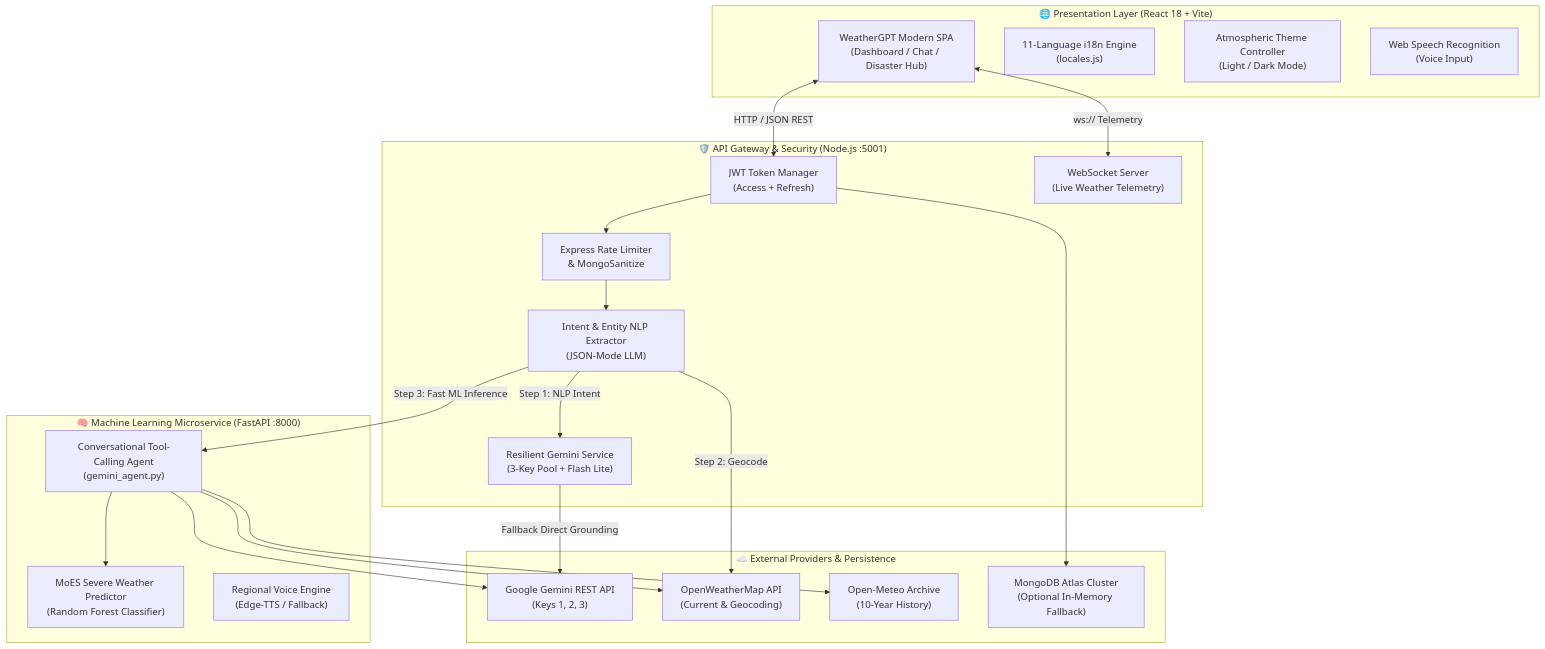
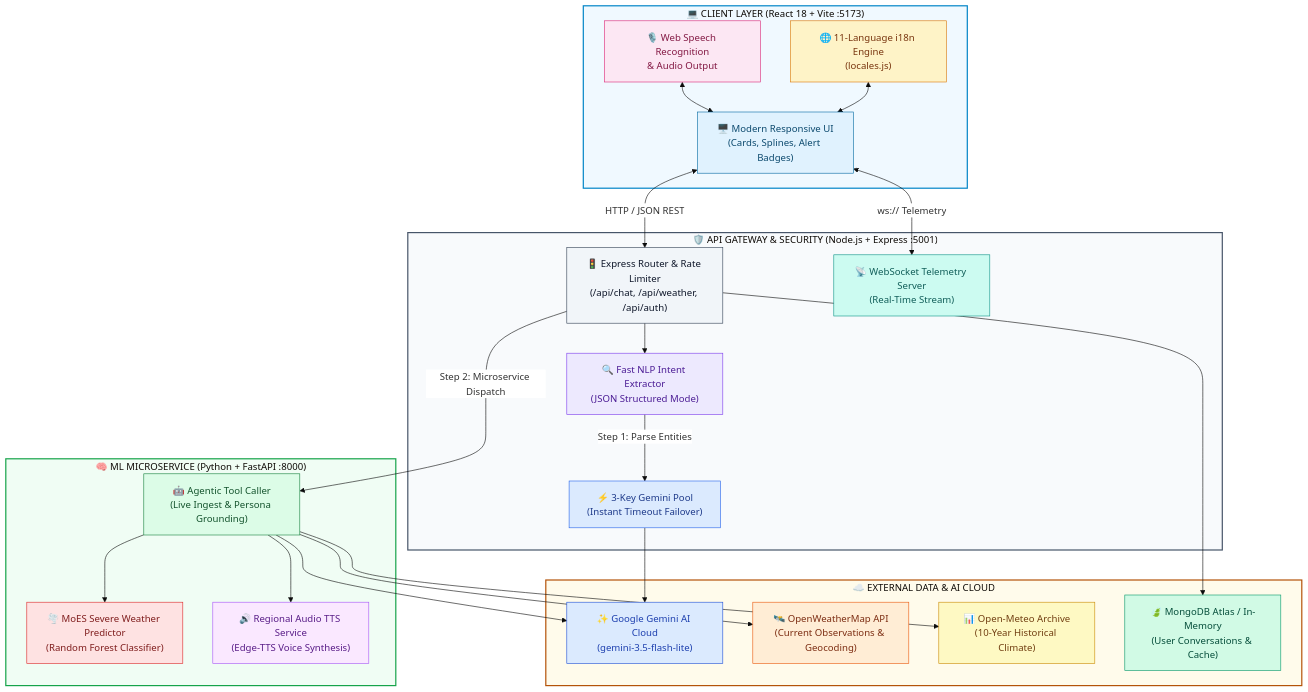
Before and after one commit to Code-AkarshMishra/WeatherGPT: the first of 2 diagrams in README.md, drawn with Mermaid. The commit also changed other lines of this file, not shown here.

````diff
--- a/README.md
+++ b/README.md
@@ -96,43 +185,63 @@
 ```mermaid
+%%{init: {'theme': 'base', 'themeVariables': { 'primaryColor': '#38bdf8', 'edgeLabelBackground':'#ffffff', 'tertiaryColor': '#f1f5f9'}}}%%
 flowchart TB
-    subgraph ClientLayer["🌐 Presentation Layer (React 18 + Vite)"]
-        UI["WeatherGPT Modern SPA<br/>(Dashboard / Chat / Disaster Hub)"]
-        i18n["11-Language i18n Engine<br/>(locales.js)"]
-        Theme["Atmospheric Theme Controller<br/>(Light / Dark Mode)"]
-        STT["Web Speech Recognition<br/>(Voice Input)"]
+    subgraph CLIENT["💻 CLIENT LAYER (React 18 + Vite :5173)"]
+        style CLIENT fill:#f0f9ff,stroke:#0284c7,stroke-width:2px
+        UI["🖥️ Modern Responsive UI<br/>(Cards, Splines, Alert Badges)"]
+        style UI fill:#e0f2fe,stroke:#0369a1,color:#0c4a6e
+        i18n["🌐 11-Language i18n Engine<br/>(locales.js)"]
+        style i18n fill:#fef3c7,stroke:#d97706,color:#78350f
+        Voice["🎙️ Web Speech Recognition<br/>& Audio Output"]
+        style Voice fill:#fce7f3,stroke:#db2777,color:#831843
     end
 
-    subgraph GatewayLayer["🛡️ API Gateway & Security (Node.js :5001)"]
-        Auth["JWT Token Manager<br/>(Access + Refresh)"]
-        Limiter["Express Rate Limiter<br/>& MongoSanitize"]
-        WS["WebSocket Server<br/>(Live Weather Telemetry)"]
-        NLPService["Intent & Entity NLP Extractor<br/>(JSON-Mode LLM)"]
-        GeminiService["Resilient Gemini Service<br/>(3-Key Pool + Flash Lite)"]
+    subgraph GATEWAY["🛡️ API GATEWAY & SECURITY (Node.js + Express :5001)"]
+        style GATEWAY fill:#f8fafc,stroke:#475569,stroke-width:2px
+        Router["🚦 Express Router & Rate Limiter<br/>(/api/chat, /api/weather, /api/auth)"]
+        style Router fill:#f1f5f9,stroke:#334155,color:#0f172a
+        NLP["🔍 Fast NLP Intent Extractor<br/>(JSON Structured Mode)"]
+        style NLP fill:#ede9fe,stroke:#7c3aed,color:#4c1d95
+        Failover["⚡ 3-Key Gemini Pool<br/>(Instant Timeout Failover)"]
+        style Failover fill:#dbeafe,stroke:#2563eb,color:#1e3a8a
+        WS["📡 WebSocket Telemetry Server<br/>(Real-Time Stream)"]
+        style WS fill:#ccfbf1,stroke:#0d9488,color:#115e59
     end
 
-    subgraph MLLayer["🧠 Machine Learning Microservice (FastAPI :8000)"]
-        ToolAgent["Conversational Tool-Calling Agent<br/>(gemini_agent.py)"]
-        DisasterRF["MoES Severe Weather Predictor<br/>(Random Forest Classifier)"]
-        TTS["Regional Voice Engine<br/>(Edge-TTS / Fallback)"]
+    subgraph ML_SERVICE["🧠 ML MICROSERVICE (Python + FastAPI :8000)"]
+        style ML_SERVICE fill:#f0fdf4,stroke:#16a34a,stroke-width:2px
+        ToolAgent["🤖 Agentic Tool Caller<br/>(Live Ingest & Persona Grounding)"]
+        style ToolAgent fill:#dcfce7,stroke:#15803d,color:#14532d
+        Predictor["🌪️ MoES Severe Weather Predictor<br/>(Random Forest Classifier)"]
+        style Predictor fill:#fee2e2,stroke:#dc2626,color:#7f1d1d
+        TTS["🔊 Regional Audio TTS Service<br/>(Edge-TTS Voice Synthesis)"]
+        style TTS fill:#fae8ff,stroke:#a855f7,color:#581c87
     end
 
-    subgraph DataExternal["☁️ External Providers & Persistence"]
-        GeminiAPI["Google Gemini REST API<br/>(Keys 1, 2, 3)"]
-        OWM["OpenWeatherMap API<br/>(Current & Geocoding)"]
-        OpenMeteo["Open-Meteo Archive<br/>(10-Year History)"]
-        Mongo["MongoDB Atlas Cluster<br/>(Optional In-Memory Fallback)"]
+    subgraph EXTERNAL["☁️ EXTERNAL DATA & AI CLOUD"]
+        style EXTERNAL fill:#fffbeb,stroke:#b45309,stroke-width:2px
+        GeminiCloud["✨ Google Gemini AI Cloud<br/>(gemini-3.5-flash-lite)"]
+        style GeminiCloud fill:#dbeafe,stroke:#1d4ed8,color:#1e40af
+        OWM["🛰️ OpenWeatherMap API<br/>(Current Observations & Geocoding)"]
+        style OWM fill:#ffedd5,stroke:#ea580c,color:#7c2d12
+        OpenMeteo["📊 Open-Meteo Archive<br/>(10-Year Historical Climate)"]
+        style OpenMeteo fill:#fef9c3,stroke:#ca8a04,color:#713f12
+        MongoCloud["🍃 MongoDB Atlas / In-Memory<br/>(User Conversations & Cache)"]
+        style MongoCloud fill:#d1fae5,stroke:#059669,color:#064e3b
     end
 
-    UI <--> |HTTP / JSON REST| Auth
+    UI <--> |HTTP / JSON REST| Router
     UI <--> |ws:// Telemetry| WS
-    Auth --> Limiter --> NLPService
-    NLPService --> |Step 1: NLP Intent| GeminiService
-    NLPService --> |Step 2: Geocode| OWM
-    NLPService --> |Step 3: Fast ML Inference| ToolAgent
-    ToolAgent --> DisasterRF
+    Voice <--> UI
+    i18n <--> UI
+
+    Router --> NLP
+    NLP --> |Step 1: Parse Entities| Failover
+    Failover --> GeminiCloud
+    Router --> |Step 2: Microservice Dispatch| ToolAgent
+    ToolAgent --> Predictor
     ToolAgent --> OWM
     ToolAgent --> OpenMeteo
-    ToolAgent --> GeminiAPI
-    GeminiService --> |Fallback Direct Grounding| GeminiAPI
-    Auth --> Mongo
+    ToolAgent --> GeminiCloud
+    ToolAgent --> TTS
+    Router --> MongoCloud
 ```
````
